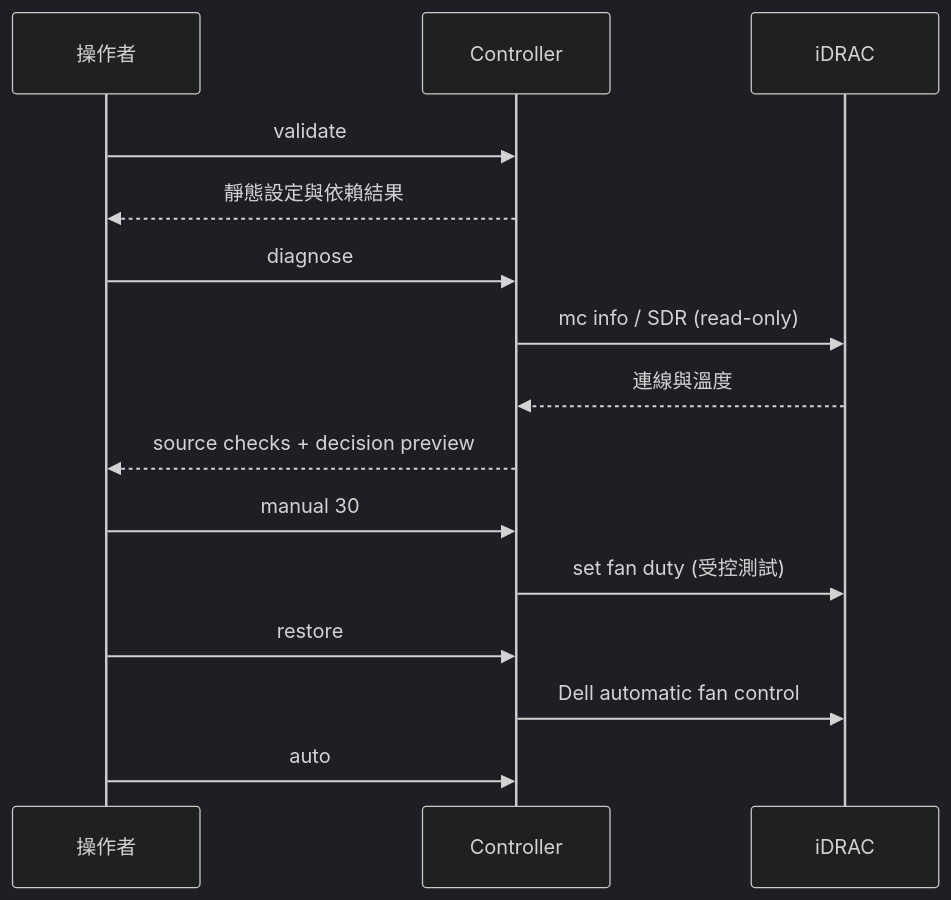
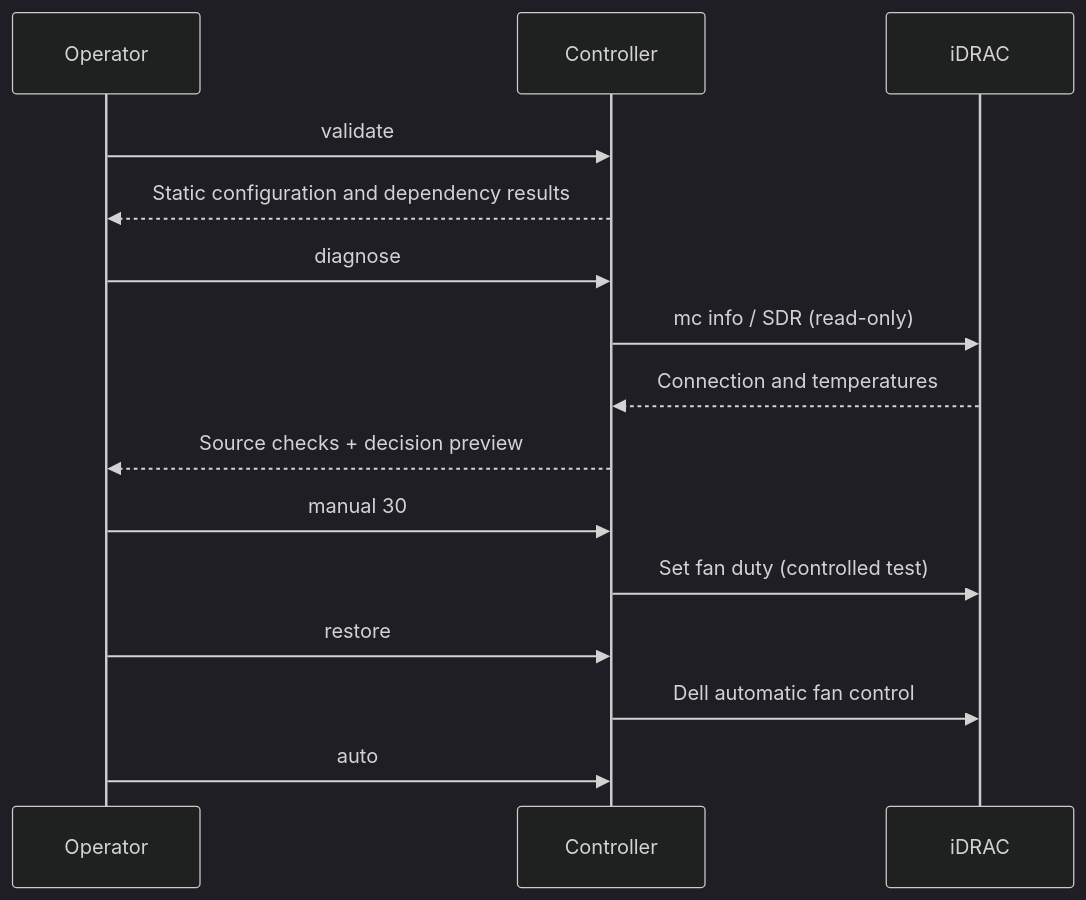
One commit to DF-wu/iDRACFanSpeedControl changed the second of 3 diagrams in README.md. Above: the diagram before and after it, drawn with Mermaid (dark theme). The commit also changed other lines of this file and 1 other file, not shown here.

````diff
--- a/README.md
+++ b/README.md
@@ -130,17 +132,17 @@
 ```mermaid
 sequenceDiagram
-    participant U as 操作者
+    participant U as Operator
     participant C as Controller
     participant D as iDRAC
     U->>C: validate
-    C-->>U: 靜態設定與依賴結果
+    C-->>U: Static configuration and dependency results
     U->>C: diagnose
     C->>D: mc info / SDR (read-only)
-    D-->>C: 連線與溫度
-    C-->>U: source checks + decision preview
+    D-->>C: Connection and temperatures
+    C-->>U: Source checks + decision preview
     U->>C: manual 30
-    C->>D: set fan duty (受控測試)
+    C->>D: Set fan duty (controlled test)
     U->>C: restore
     C->>D: Dell automatic fan control
     U->>C: auto
 ```
````
